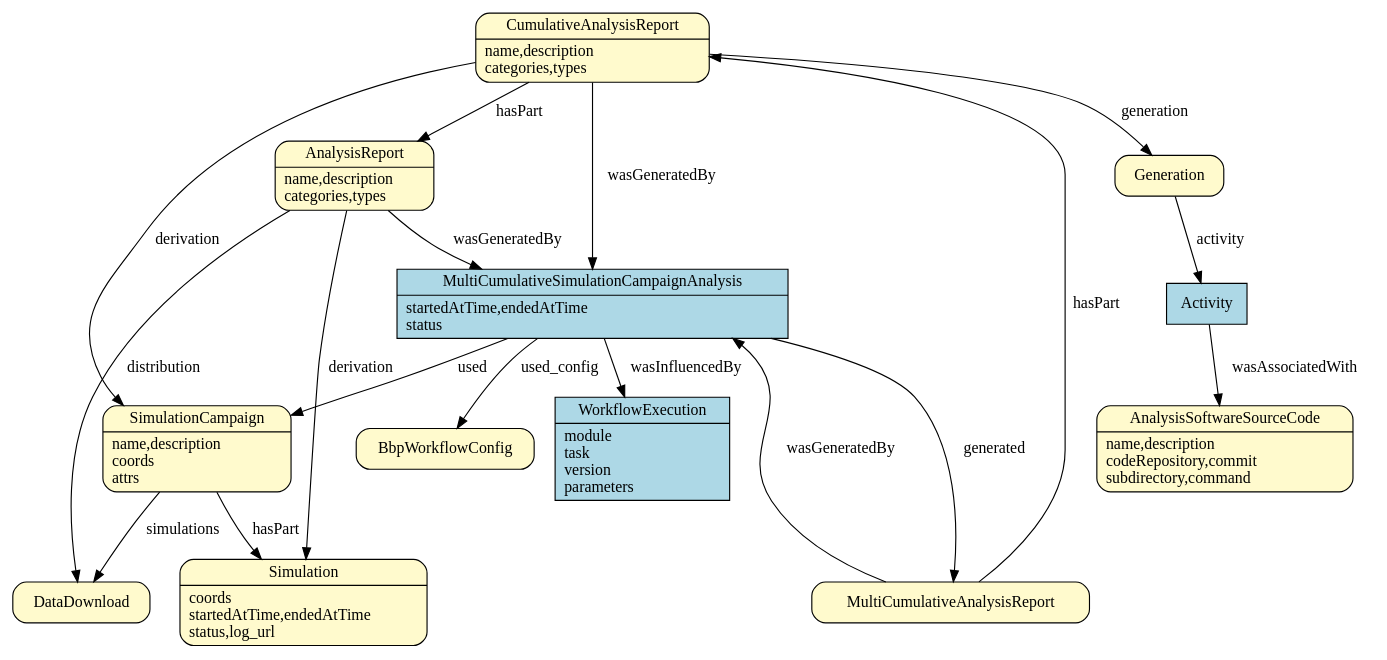
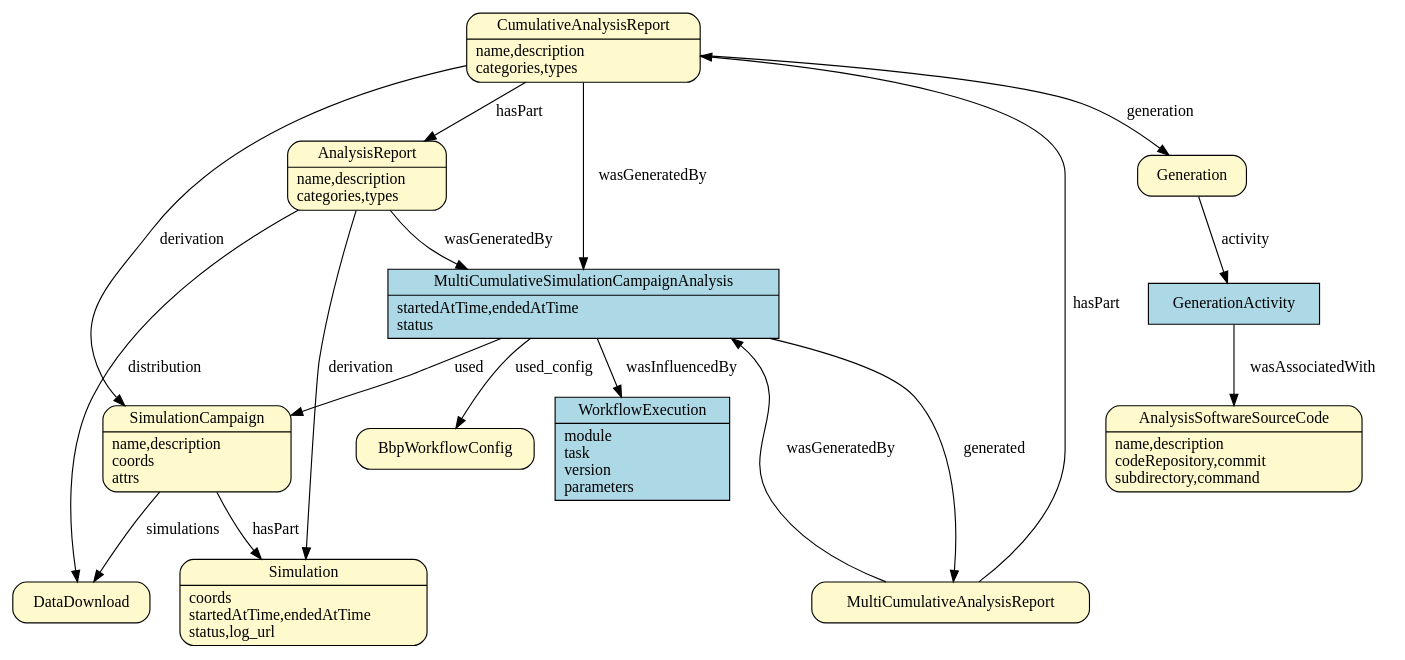
Before and after one commit to BlueBrain/entity-management: the sixth of 7 diagrams in doc/source/prov_patterns.rst, drawn with Graphviz. The commit also changed other lines of this file and 1 other file, not shown here.

Commit message:
Add GenerationActivity

```diff
--- a/doc/source/prov_patterns.rst
+++ b/doc/source/prov_patterns.rst
@@ -272,7 +272,7 @@
         Generation [
             shape = Mrecord style = filled fillcolor = lemonchiffon
         ]
-        Activity [
+        GenerationActivity [
             shape = record style = filled fillcolor = lightblue
         ]
         WorkflowExecution [
@@ -297,8 +297,8 @@
         CumulativeAnalysisReport -> MultiCumulativeSimulationCampaignAnalysis [label = "wasGeneratedBy"];
         CumulativeAnalysisReport -> AnalysisReport [label = "hasPart"];
         CumulativeAnalysisReport -> Generation [label = "generation"];
-        Generation -> Activity [label = "activity"];
-        Activity -> AnalysisSoftwareSourceCode [label = "wasAssociatedWith"];
+        Generation -> GenerationActivity [label = "activity"];
+        GenerationActivity -> AnalysisSoftwareSourceCode [label = "wasAssociatedWith"];
         MultiCumulativeAnalysisReport -> MultiCumulativeSimulationCampaignAnalysis [label = "wasGeneratedBy"];
         MultiCumulativeAnalysisReport -> CumulativeAnalysisReport [label = "hasPart"];
     }
```
